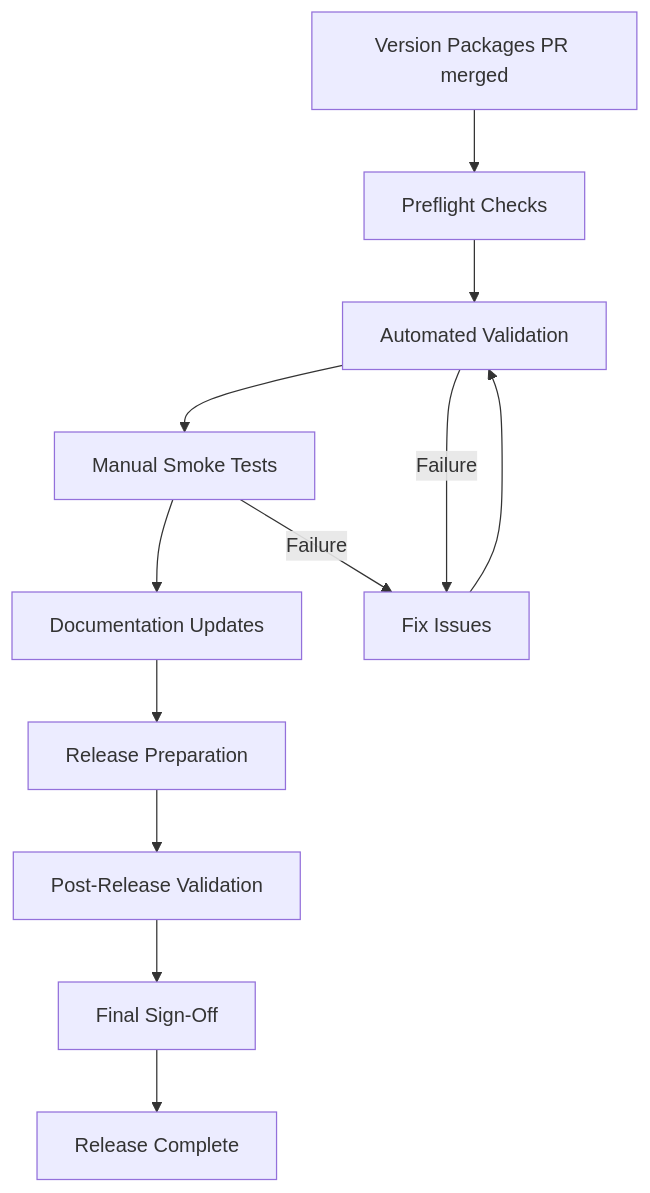
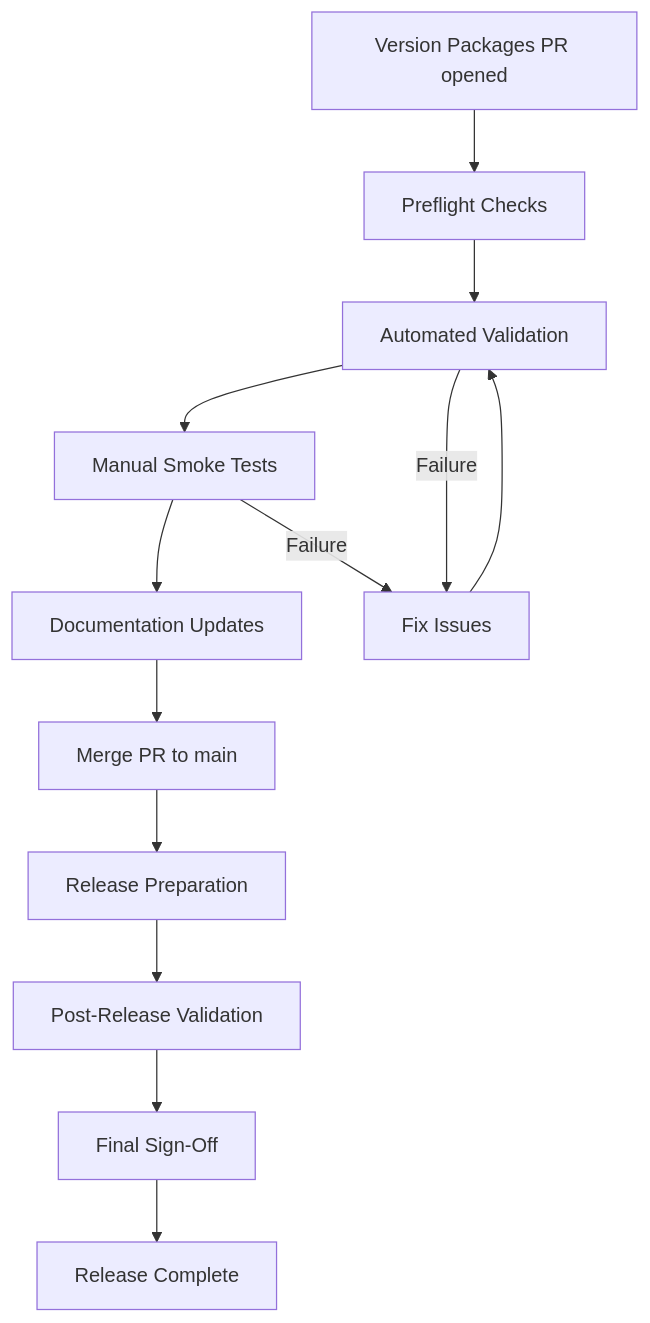
One commit to KingInYellows/yellow-plugins changed the diagram in docs/operations/release-checklist.md. Above: the diagram before and after it, drawn with Mermaid. The commit also changed other lines of this file and 2 other files, not shown here.

````diff
--- a/docs/operations/release-checklist.md
+++ b/docs/operations/release-checklist.md
@@ -88,16 +88,17 @@
 ```mermaid
 graph TD
-    P[Version Packages PR merged] --> A[Preflight Checks]
+    P[Version Packages PR opened] --> A[Preflight Checks]
     A --> B[Automated Validation]
     B --> C[Manual Smoke Tests]
     C --> D[Documentation Updates]
-    D --> E[Release Preparation]
+    D --> M[Merge PR to main]
+    M --> E[Release Preparation]
     E --> F[Post-Release Validation]
     F --> G[Final Sign-Off]
 
     B -->|Failure| H[Fix Issues]
     C -->|Failure| H
     H --> B
 
     G --> I[Release Complete]
 ```
````
